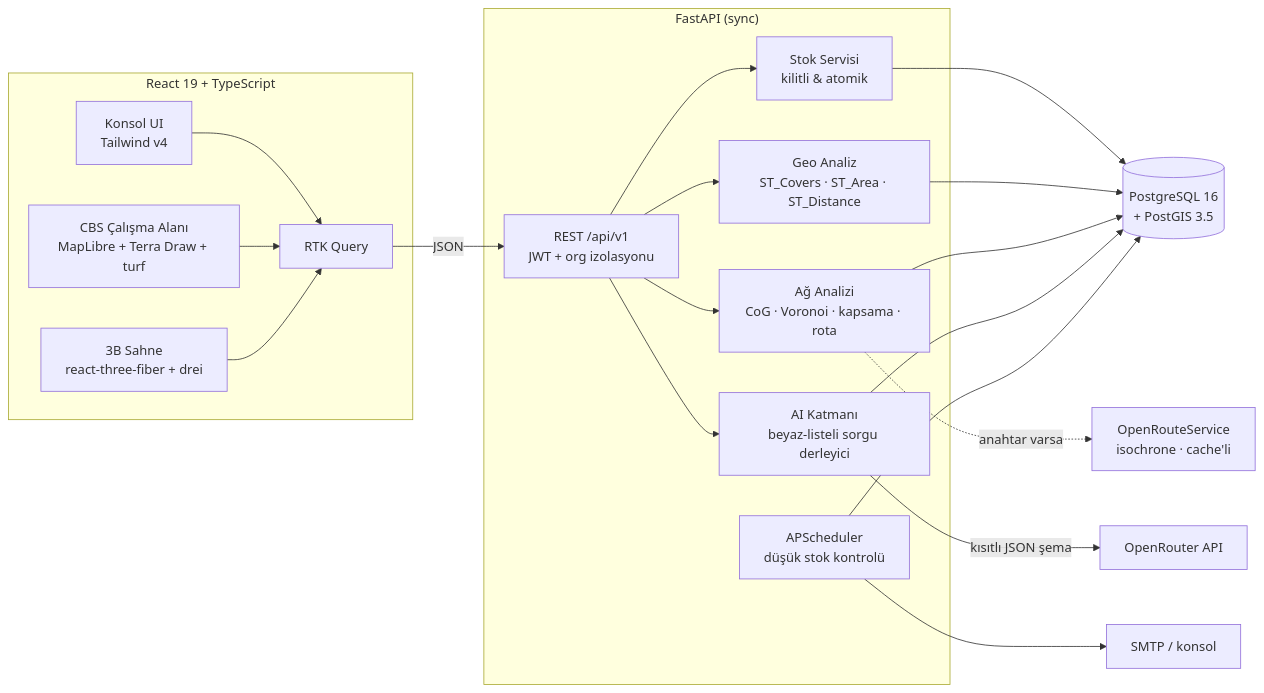
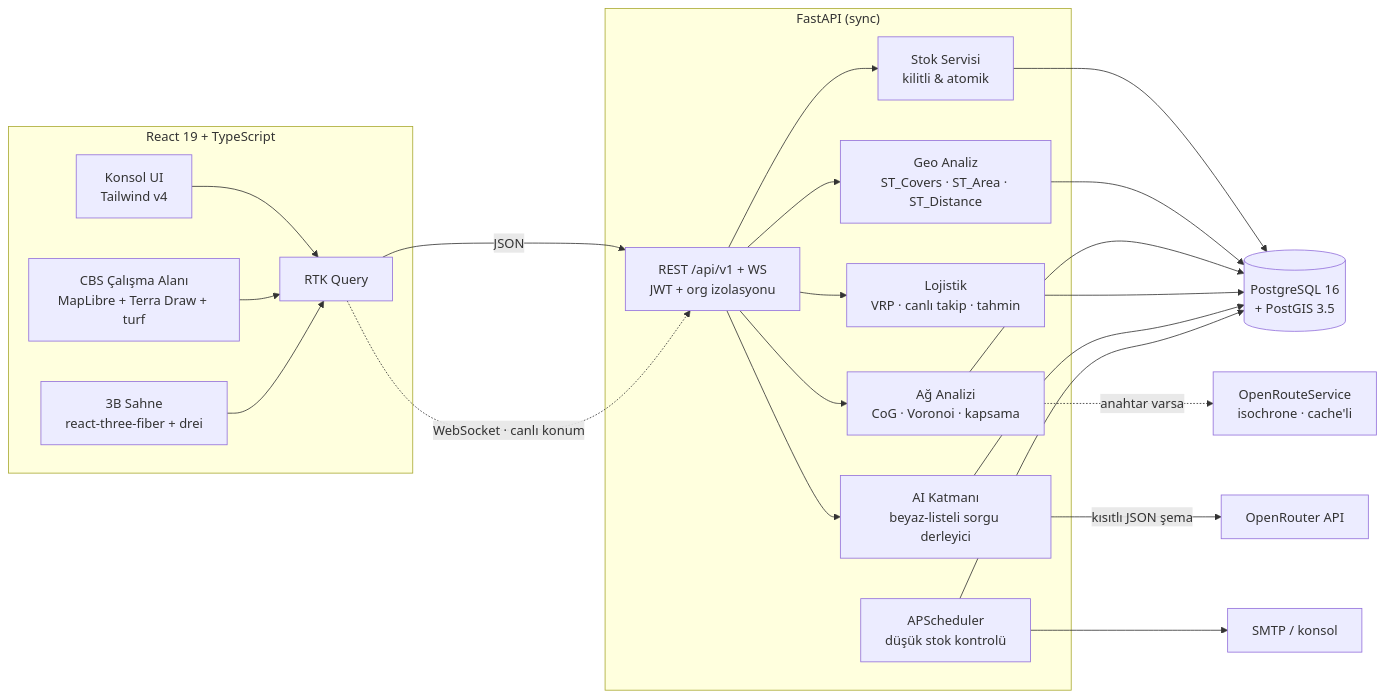
The diagram in README.md (abdullahmutllu/DepoStokKontrolSistemiCBS), drawn with Mermaid before and after one commit. The commit also changed other lines of this file and 6 other files, not shown here.

First line of the commit message:
README: Faz 4 lojistik bölümü + canlı takip GIF ve still'ler; test sayıları güncellendi

````diff
--- a/README.md
+++ b/README.md
@@ -152,35 +198,37 @@
 ```mermaid
 flowchart LR
     subgraph Frontend["React 19 + TypeScript"]
         UI[Konsol UI\nTailwind v4]
         MAP[CBS Çalışma Alanı\nMapLibre + Terra Draw + turf]
         THREE[3B Sahne\nreact-three-fiber + drei]
         RTK[RTK Query]
         UI --> RTK
         MAP --> RTK
         THREE --> RTK
     end
 
     subgraph Backend["FastAPI (sync)"]
-        API[REST /api/v1\nJWT + org izolasyonu]
+        API[REST /api/v1 + WS\nJWT + org izolasyonu]
         STOCK[Stok Servisi\nkilitli & atomik]
         GEO[Geo Analiz\nST_Covers · ST_Area · ST_Distance]
-        NET[Ağ Analizi\nCoG · Voronoi · kapsama · rota]
+        NET[Ağ Analizi\nCoG · Voronoi · kapsama]
+        LOG[Lojistik\nVRP · canlı takip · tahmin]
         AI[AI Katmanı\nbeyaz-listeli sorgu derleyici]
         SCHED[APScheduler\ndüşük stok kontrolü]
     end
 
     DB[(PostgreSQL 16\n+ PostGIS 3.5)]
     OR[OpenRouter API]
     ORS[OpenRouteService\nisochrone · cache'li]
     SMTP[SMTP / konsol]
 
     RTK -->|JSON| API
-    API --> STOCK & GEO & NET & AI
-    STOCK & GEO & NET --> DB
+    RTK -.->|"WebSocket · canlı konum"| API
+    API --> STOCK & GEO & NET & LOG & AI
+    STOCK & GEO & NET & LOG --> DB
     NET -.->|"anahtar varsa"| ORS
     AI -->|"kısıtlı JSON şema"| OR
     AI --> DB
     SCHED --> DB
     SCHED --> SMTP
 ```
````
